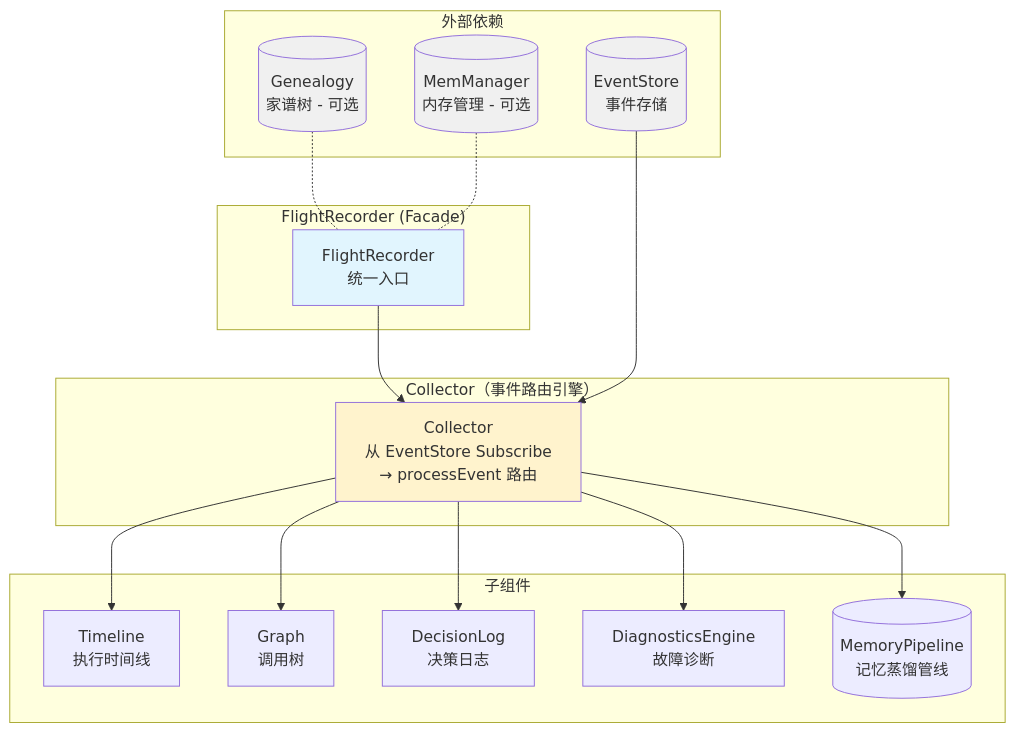
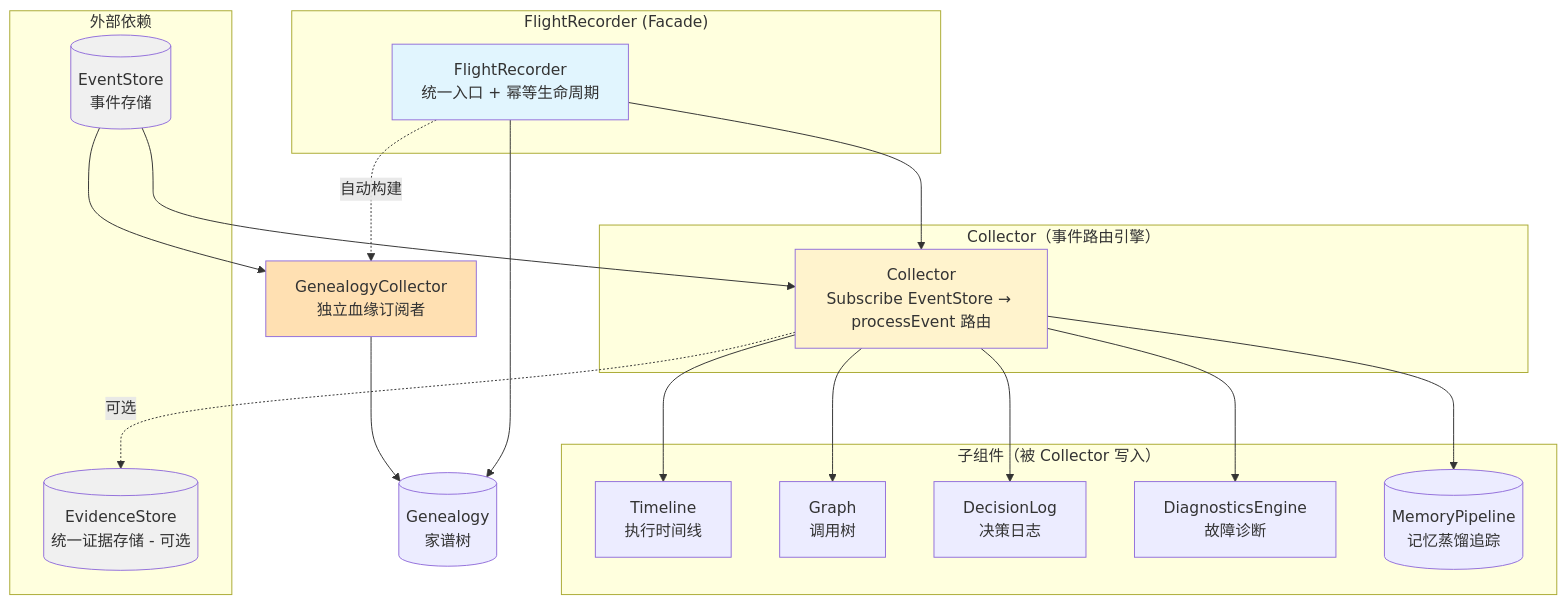
One commit to Timwood0x10/ARES changed the first of 3 diagrams in docs/articles/zh/16-flight-recorder-deep-dive.md. Above: the diagram before and after it, drawn with Mermaid. The commit also changed other lines of this file and 2423 other files, not shown here.

````diff
--- a/docs/articles/zh/16-flight-recorder-deep-dive.md
+++ b/docs/articles/zh/16-flight-recorder-deep-dive.md
@@ -45,36 +35,41 @@
 ```mermaid
 graph TB
     subgraph "FlightRecorder (Facade)"
-        FR[FlightRecorder<br/>统一入口]
+        FR[FlightRecorder<br/>统一入口 + 幂等生命周期]
     end
 
     subgraph "Collector（事件路由引擎）"
-        C[Collector<br/>从 EventStore Subscribe<br/>→ processEvent 路由]
+        C[Collector<br/>Subscribe EventStore → processEvent 路由]
     end
 
-    subgraph "子组件"
+    subgraph "子组件（被 Collector 写入）"
         TL[Timeline<br/>执行时间线]
         GR[Graph<br/>调用树]
         DL[DecisionLog<br/>决策日志]
         DE[DiagnosticsEngine<br/>故障诊断]
-        PL[(MemoryPipeline<br/>记忆蒸馏管线)]
+        PL[(MemoryPipeline<br/>记忆蒸馏追踪)]
     end
+
+    GC[GenealogyCollector<br/>独立血缘订阅者]
+    GL[(Genealogy<br/>家谱树)]
 
     subgraph "外部依赖"
         ES[(EventStore<br/>事件存储)]
-        MM[(MemManager<br/>内存管理 - 可选)]
-        GL[(Genealogy<br/>家谱树 - 可选)]
+        EV[(EvidenceStore<br/>统一证据存储 - 可选)]
     end
 
     FR --> C
     C --> TL & GR & DL & DE & PL
-    GL -.- FR
-    MM -.- FR
+    C -. 可选 .-> EV
+    FR -. 自动构建 .-> GC
+    GC --> GL
+    FR --> GL
     ES --> C
+    ES --> GC
 
     style FR fill:#e1f5fe
     style C fill:#fff3cd
+    style GC fill:#ffe0b2
     style ES fill:#f0f0f0
-    style GL fill:#f0f0f0
-    style MM fill:#f0f0f0
+    style EV fill:#f0f0f0
 ```
````
